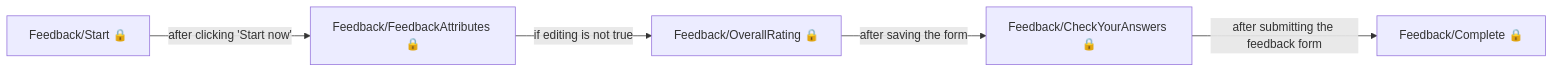
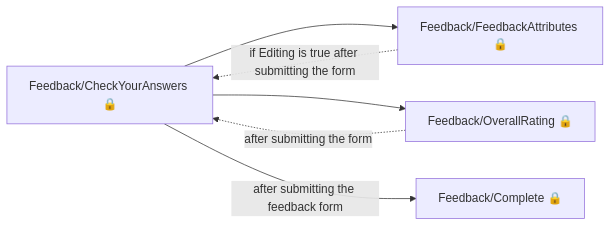
The first of 4 diagrams in das-apprentice-feedback-web/user-journeys/user-journeys.md (talentconsulting/atlas-dfe), drawn with Mermaid before and after one commit. The commit also changed other lines of this file and 36 other files, not shown here.

````diff
--- a/das-apprentice-feedback-web/user-journeys/user-journeys.md
+++ b/das-apprentice-feedback-web/user-journeys/user-journeys.md
@@ -9,7 +11,8 @@
 ```mermaid
 flowchart LR
-  p0["Feedback/Start 🔒"] -->|"after clicking 'Start now'"| p1["Feedback/FeedbackAttributes 🔒"]
-  p1["Feedback/FeedbackAttributes 🔒"] -->|"if editing is not true"| p2["Feedback/OverallRating 🔒"]
-  p2["Feedback/OverallRating 🔒"] -->|"after saving the form"| p3["Feedback/CheckYourAnswers 🔒"]
-  p3["Feedback/CheckYourAnswers 🔒"] -->|"after submitting the feedback form"| p4["Feedback/Complete 🔒"]
+  p0["Feedback/CheckYourAnswers 🔒"] --> p1["Feedback/FeedbackAttributes 🔒"]
+  p1["Feedback/FeedbackAttributes 🔒"] -.->|"if Editing is true after submitting the form"| p0["Feedback/CheckYourAnswers 🔒"]
+  p0["Feedback/CheckYourAnswers 🔒"] --> p2["Feedback/OverallRating 🔒"]
+  p2["Feedback/OverallRating 🔒"] -.->|"after submitting the form"| p0["Feedback/CheckYourAnswers 🔒"]
+  p0["Feedback/CheckYourAnswers 🔒"] -->|"after submitting the feedback form"| p3["Feedback/Complete 🔒"]
 ```
````
